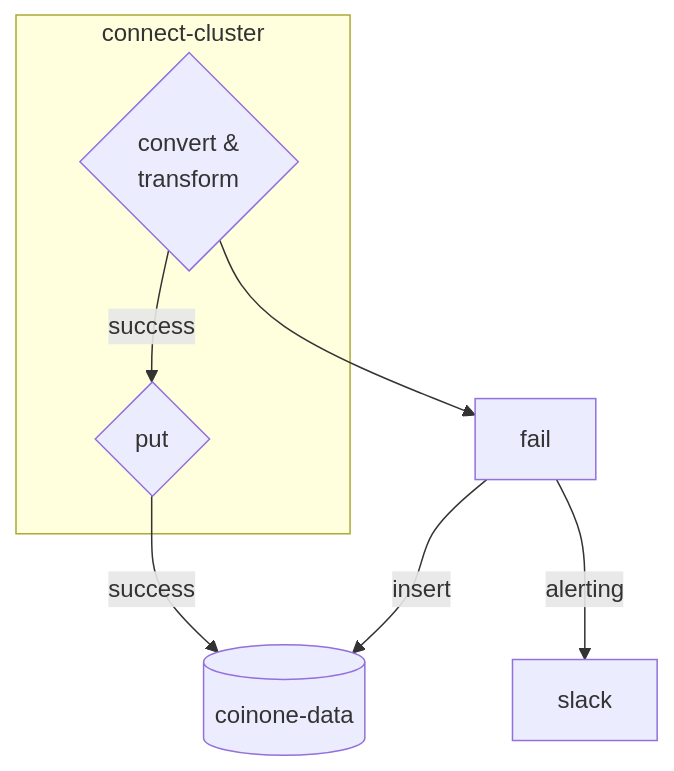
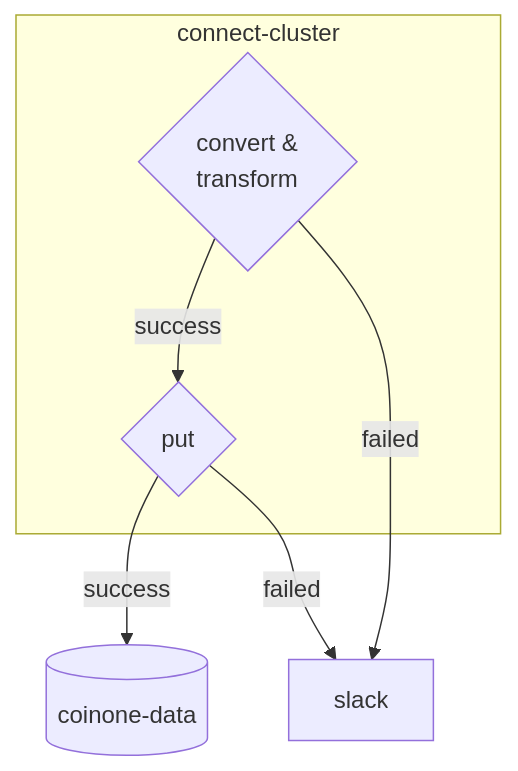
One commit to jx2lee/jx2lee-digitalgarden changed the diagram in src/site/notes/data/kafka/__/migration-error-handling.md. Above: the diagram before and after it, drawn with Mermaid. The commit also changed other lines of this file, not shown here.

Commit message:
Update content src/site/notes/data/kafka/__/migration-error-handling.md

````diff
--- a/src/site/notes/data/kafka/__/migration-error-handling.md
+++ b/src/site/notes/data/kafka/__/migration-error-handling.md
@@ -117,12 +117,12 @@
 ```mermaid
 flowchart TB
     subgraph connect-cluster
         D{"convert &\ntransform"} --> |success| E{"put"}
     end
     
     bigquery[(coinone-data)]
 
-    D --> fail --> |alerting| slack
-    fail --> |insert| bigquery
+    D --> |failed| slack
     E --> |success| bigquery
+    E --> |failed| slack
 ```
````
